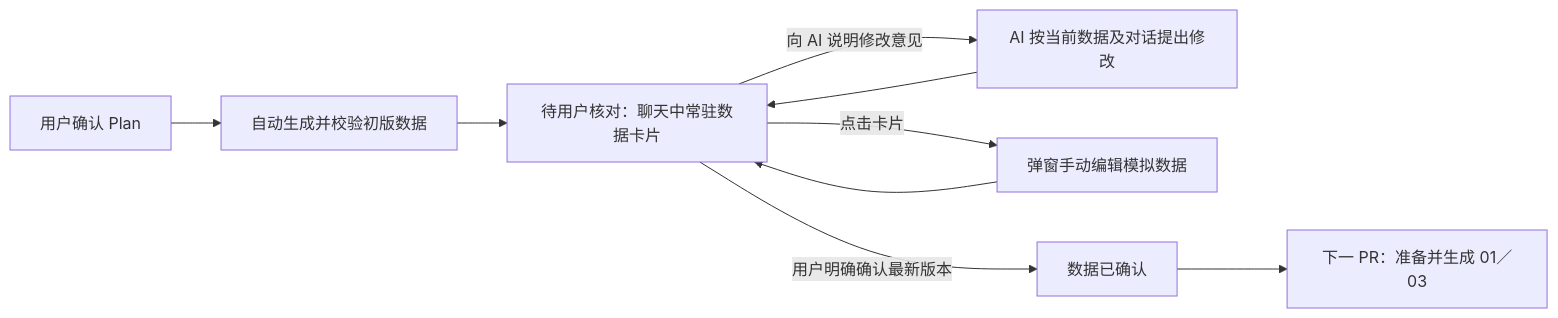
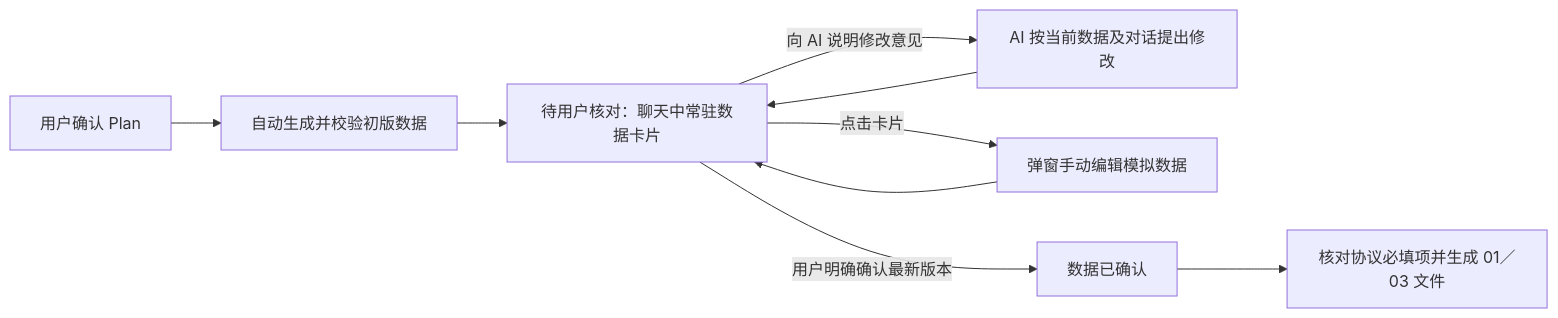
One commit to yqsota666/TA-case-test-Agent changed the second of 2 diagrams in docs/Case全流程设计.md. Above: the diagram before and after it, drawn with Mermaid. The commit also changed other lines of this file and 5 other files, not shown here.

````diff
--- a/docs/Case全流程设计.md
+++ b/docs/Case全流程设计.md
@@ -111,11 +111,11 @@
 ```mermaid
 flowchart LR
   P[用户确认 Plan] --> G[自动生成并校验初版数据]
   G --> R[待用户核对：聊天中常驻数据卡片]
   R -->|向 AI 说明修改意见| A[AI 按当前数据及对话提出修改]
   R -->|点击卡片| M[弹窗手动编辑模拟数据]
   A --> R
   M --> R
   R -->|用户明确确认最新版本| C[数据已确认]
-  C --> F[下一 PR：准备并生成 01／03]
+  C --> F[核对协议必填项并生成 01／03 文件]
 ```
````
